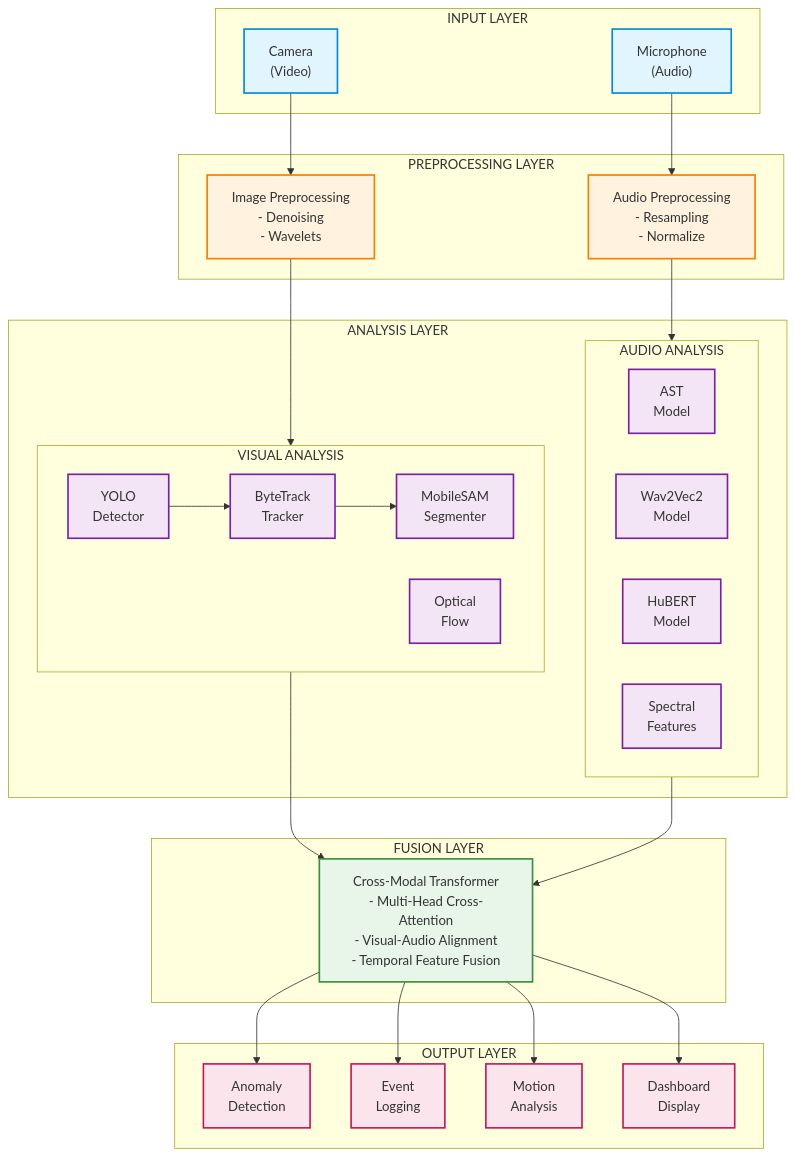
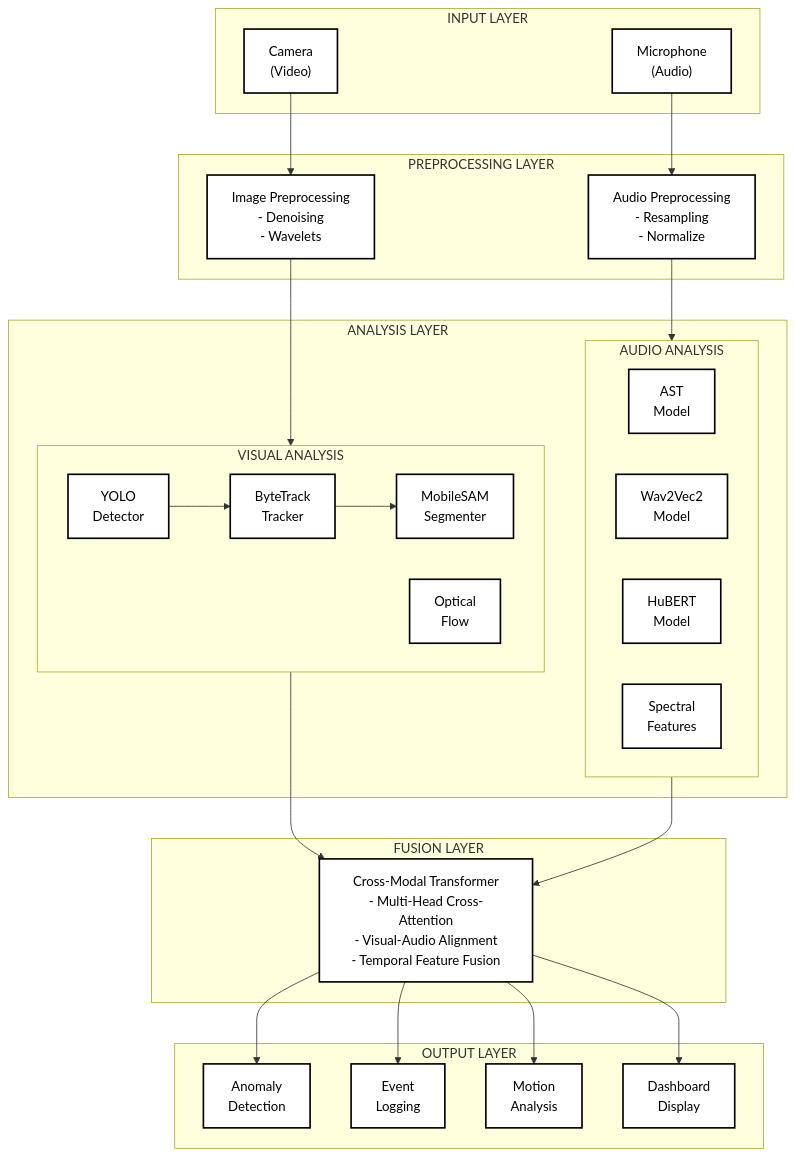
One commit to VermaAman-tech/EE-782_Room_and_Industrial-Anomaly-Detection changed the diagram in method-2/README.md. Above: the diagram before and after it, drawn with Mermaid.

````diff
--- a/method-2/README.md
+++ b/method-2/README.md
@@ -33,68 +33,68 @@
 ```mermaid
 graph TB
     subgraph INPUT["INPUT LAYER"]
         Camera["Camera<br/>(Video)"]
         Microphone["Microphone<br/>(Audio)"]
     end
     
     subgraph PREPROCESS["PREPROCESSING LAYER"]
         ImgPrep["Image Preprocessing<br/>- Denoising<br/>- Wavelets"]
         AudioPrep["Audio Preprocessing<br/>- Resampling<br/>- Normalize"]
     end
     
     subgraph ANALYSIS["ANALYSIS LAYER"]
         subgraph VISUAL["VISUAL ANALYSIS"]
             YOLO["YOLO<br/>Detector"]
             ByteTrack["ByteTrack<br/>Tracker"]
             MobileSAM["MobileSAM<br/>Segmenter"]
             OptFlow["Optical<br/>Flow"]
         end
         
         subgraph AUDIO["AUDIO ANALYSIS"]
             AST["AST<br/>Model"]
             Wav2Vec2["Wav2Vec2<br/>Model"]
             HuBERT["HuBERT<br/>Model"]
             Spectral["Spectral<br/>Features"]
         end
     end
     
     subgraph FUSION["FUSION LAYER"]
         Transformer["Cross-Modal Transformer<br/>- Multi-Head Cross-Attention<br/>- Visual-Audio Alignment<br/>- Temporal Feature Fusion"]
     end
     
     subgraph OUTPUT["OUTPUT LAYER"]
         Anomaly["Anomaly<br/>Detection"]
         Event["Event<br/>Logging"]
         Motion["Motion<br/>Analysis"]
         Dashboard["Dashboard<br/>Display"]
     end
     
     Camera --> ImgPrep
     Microphone --> AudioPrep
     
     ImgPrep --> VISUAL
     AudioPrep --> AUDIO
     
     YOLO --> ByteTrack
     ByteTrack --> MobileSAM
     
     VISUAL --> Transformer
     AUDIO --> Transformer
     
     Transformer --> Anomaly
     Transformer --> Event
     Transformer --> Motion
     Transformer --> Dashboard
     
-    classDef inputStyle fill:#e1f5ff,stroke:#0288d1,stroke-width:2px
-    classDef processStyle fill:#fff3e0,stroke:#f57c00,stroke-width:2px
-    classDef analysisStyle fill:#f3e5f5,stroke:#7b1fa2,stroke-width:2px
-    classDef fusionStyle fill:#e8f5e9,stroke:#388e3c,stroke-width:2px
-    classDef outputStyle fill:#fce4ec,stroke:#c2185b,stroke-width:2px
+    classDef inputStyle fill:#ffffff,stroke:#000000,stroke-width:2px,color:#000000
+    classDef processStyle fill:#ffffff,stroke:#000000,stroke-width:2px,color:#000000
+    classDef analysisStyle fill:#ffffff,stroke:#000000,stroke-width:2px,color:#000000
+    classDef fusionStyle fill:#ffffff,stroke:#000000,stroke-width:2px,color:#000000
+    classDef outputStyle fill:#ffffff,stroke:#000000,stroke-width:2px,color:#000000
     
     class Camera,Microphone inputStyle
     class ImgPrep,AudioPrep processStyle
     class YOLO,ByteTrack,MobileSAM,OptFlow,AST,Wav2Vec2,HuBERT,Spectral analysisStyle
     class Transformer fusionStyle
     class Anomaly,Event,Motion,Dashboard outputStyle
 ```
````
